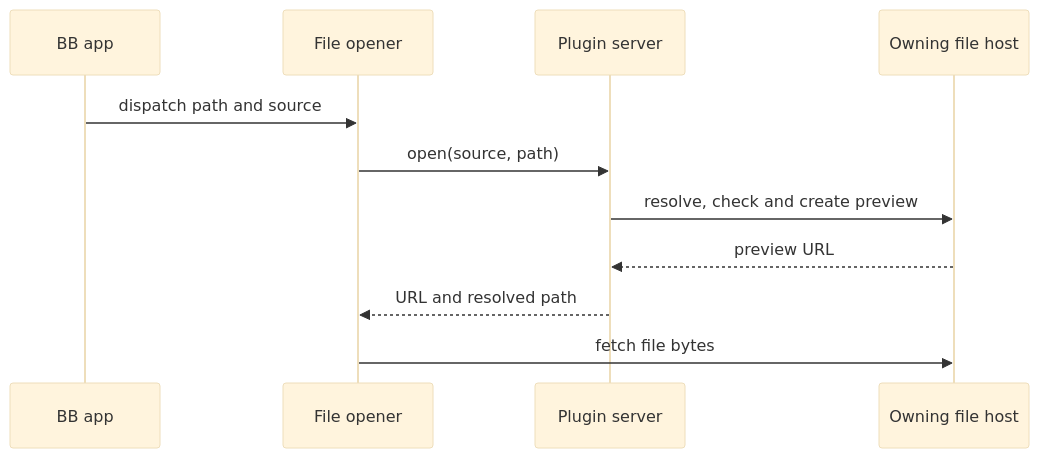
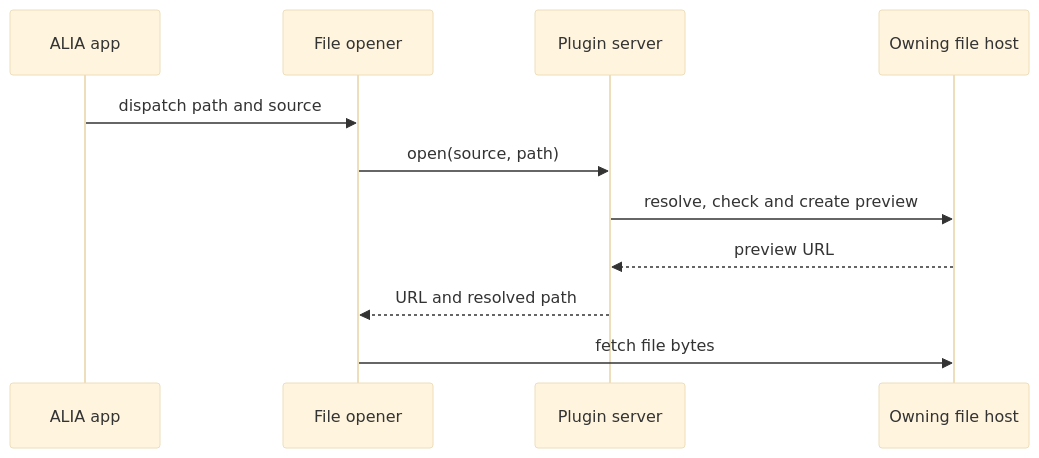
One commit to Vesnalia/vesnalia-plugins changed the third of 4 diagrams in plugins/office-viewer/docs/architecture.md. Above: the diagram before and after it, drawn with Mermaid (base theme). The commit also changed other lines of this file and 13306 other files, not shown here.

````diff
--- a/plugins/office-viewer/docs/architecture.md
+++ b/plugins/office-viewer/docs/architecture.md
@@ -78,13 +78,13 @@
 ```mermaid
 sequenceDiagram
-  participant BB as BB app
+  participant ALIA as ALIA app
   participant UI as File opener
   participant RPC as Plugin server
   participant Host as Owning file host
-  BB->>UI: dispatch path and source
+  ALIA->>UI: dispatch path and source
   UI->>RPC: open(source, path)
   RPC->>Host: resolve, check and create preview
   Host-->>RPC: preview URL
   RPC-->>UI: URL and resolved path
   UI->>Host: fetch file bytes
 ```
````
